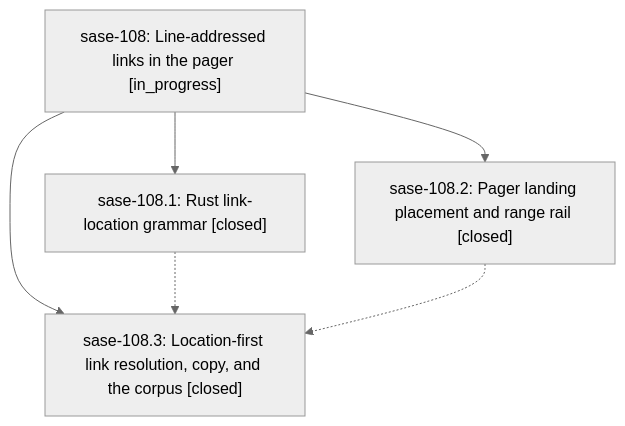
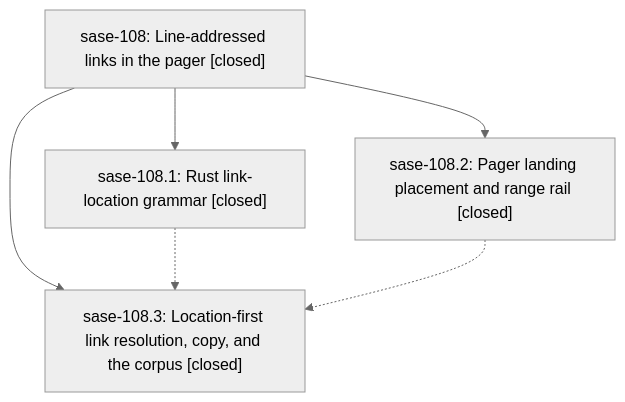
Before and after one commit to sase-org/sase--beads: the diagram in pages/sase-108/README.md, drawn with Mermaid (neutral theme). The commit also changed other lines of this file, not shown here.

First line of the commit message:
chore(beads): sync bead state and pages for sase-108

````diff
--- a/pages/sase-108/README.md
+++ b/pages/sase-108/README.md
@@ -24,12 +28,12 @@
 ```mermaid
 flowchart TD
-    n0["sase-108: Line-addressed links in the pager [in_progress]"]
+    n0["sase-108: Line-addressed links in the pager [closed]"]
     n1["sase-108.1: Rust link-location grammar [closed]"]
     n2["sase-108.2: Pager landing placement and range rail [closed]"]
     n3["sase-108.3: Location-first link resolution, copy, and the corpus [closed]"]
     n0 --> n1
     n0 --> n2
     n0 --> n3
     n1 -.-> n3
     n2 -.-> n3
 ```
````
